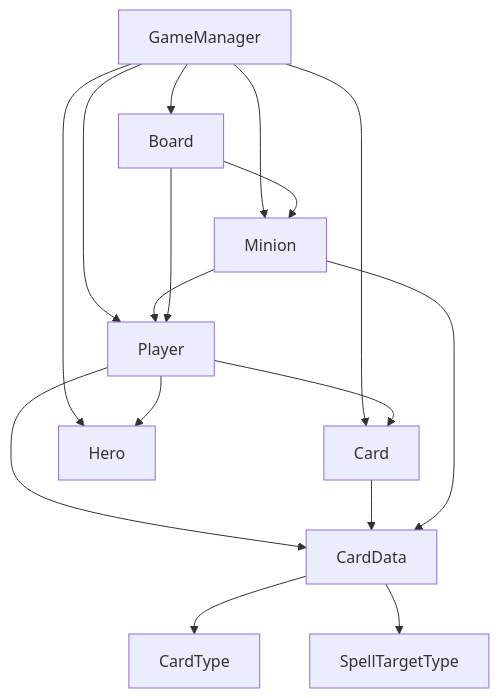
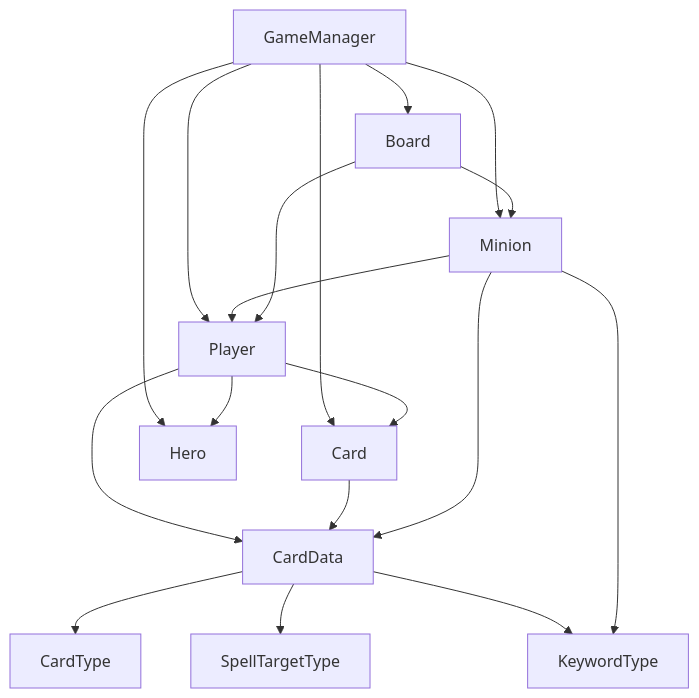
Before and after one commit to ZHStatic/HearthstoneClone: the diagram in Docs/02_CoreArchitecture.md, drawn with Mermaid. The commit also changed other lines of this file and 15 other files, not shown here.

````diff
--- a/Docs/02_CoreArchitecture.md
+++ b/Docs/02_CoreArchitecture.md
@@ -61,23 +62,25 @@
 ```mermaid
 flowchart TD
     GameManager --> Player
     GameManager --> Board
     GameManager --> Card
     GameManager --> Minion
     GameManager --> Hero
 
     Player --> Hero
     Player --> Card
     Player --> CardData
 
     Card --> CardData
 
     Minion --> CardData
     Minion --> Player
 
     Board --> Player
     Board --> Minion
 
     CardData --> CardType
     CardData --> SpellTargetType
+    CardData --> KeywordType
+    Minion --> KeywordType
 ```
````
